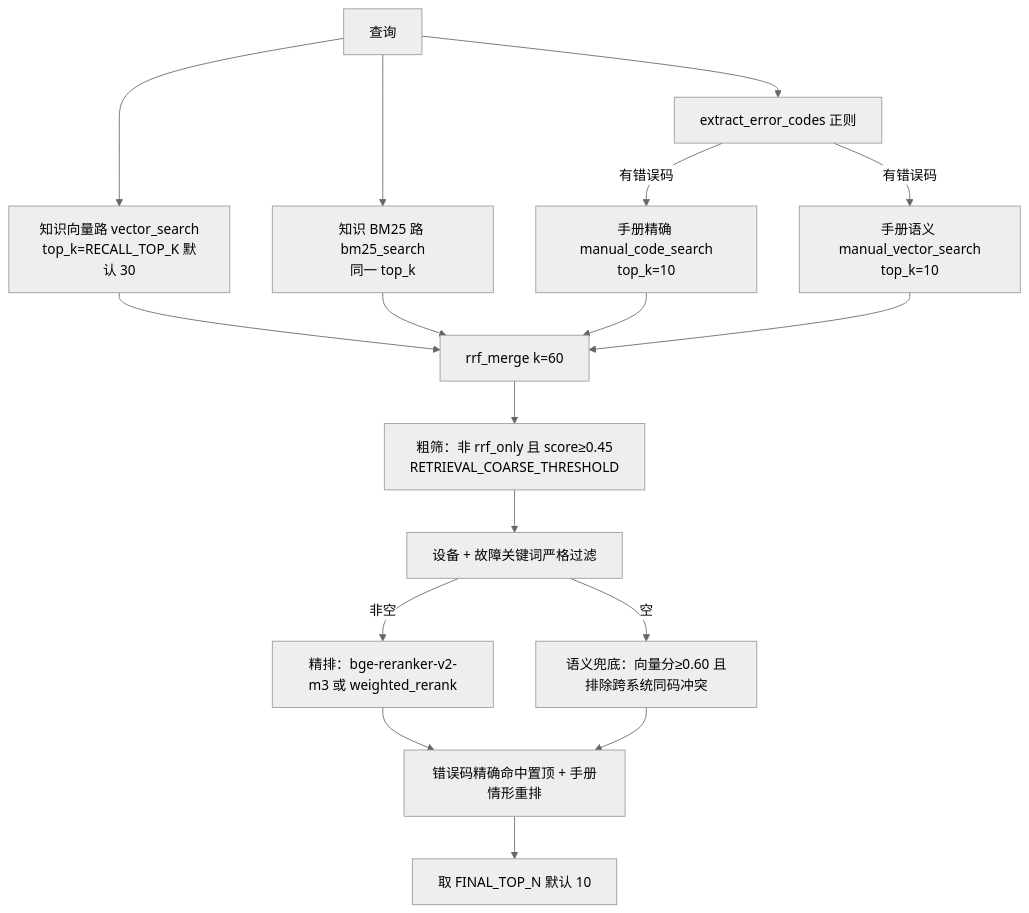
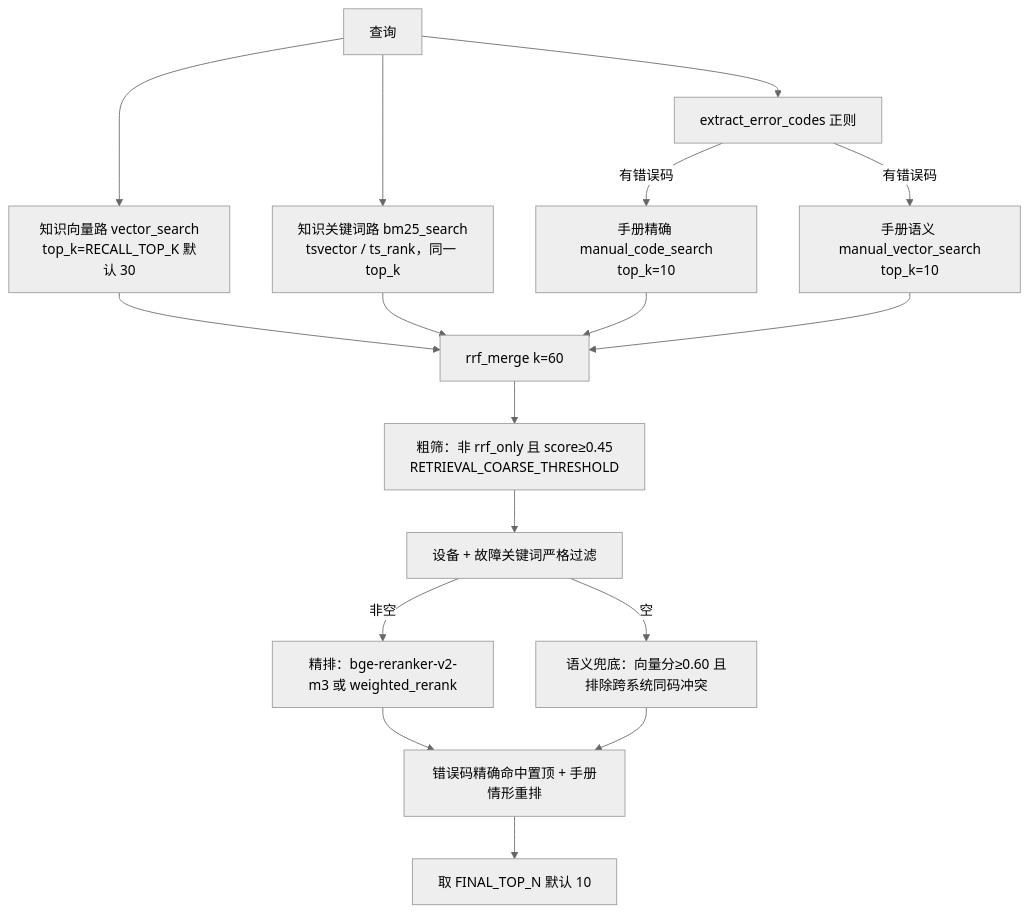
One commit to SHUN-EI/Car-Repair-System changed the fourth of 10 diagrams in docs/ARCHITECTURE.md. Above: the diagram before and after it, drawn with Mermaid (neutral theme). The commit also changed other lines of this file and 34 other files, not shown here.

````diff
--- a/docs/ARCHITECTURE.md
+++ b/docs/ARCHITECTURE.md
@@ -423,19 +417,19 @@
 ```mermaid
 flowchart TD
     Q[查询] --> E[extract_error_codes 正则]
     Q --> V["知识向量路 vector_search<br/>top_k=RECALL_TOP_K 默认 30"]
-    Q --> B["知识 BM25 路 bm25_search<br/>同一 top_k"]
+    Q --> B["知识关键词路 bm25_search<br/>tsvector / ts_rank，同一 top_k"]
     E -->|有错误码| MX["手册精确 manual_code_search<br/>top_k=10"]
     E -->|有错误码| MV["手册语义 manual_vector_search<br/>top_k=10"]
     V --> RRF["rrf_merge k=60"]
     B --> RRF
     MX --> RRF
     MV --> RRF
     RRF --> COARSE["粗筛：非 rrf_only 且 score≥0.45<br/>RETRIEVAL_COARSE_THRESHOLD"]
     COARSE --> STRICT["设备 + 故障关键词严格过滤"]
     STRICT -->|非空| RR["精排：bge-reranker-v2-m3 或 weighted_rerank"]
     STRICT -->|空| RESCUE["语义兜底：向量分≥0.60 且排除跨系统同码冲突"]
     RR --> PIN["错误码精确命中置顶 + 手册情形重排"]
     RESCUE --> PIN
     PIN --> OUT["取 FINAL_TOP_N 默认 10"]
 ```
````
